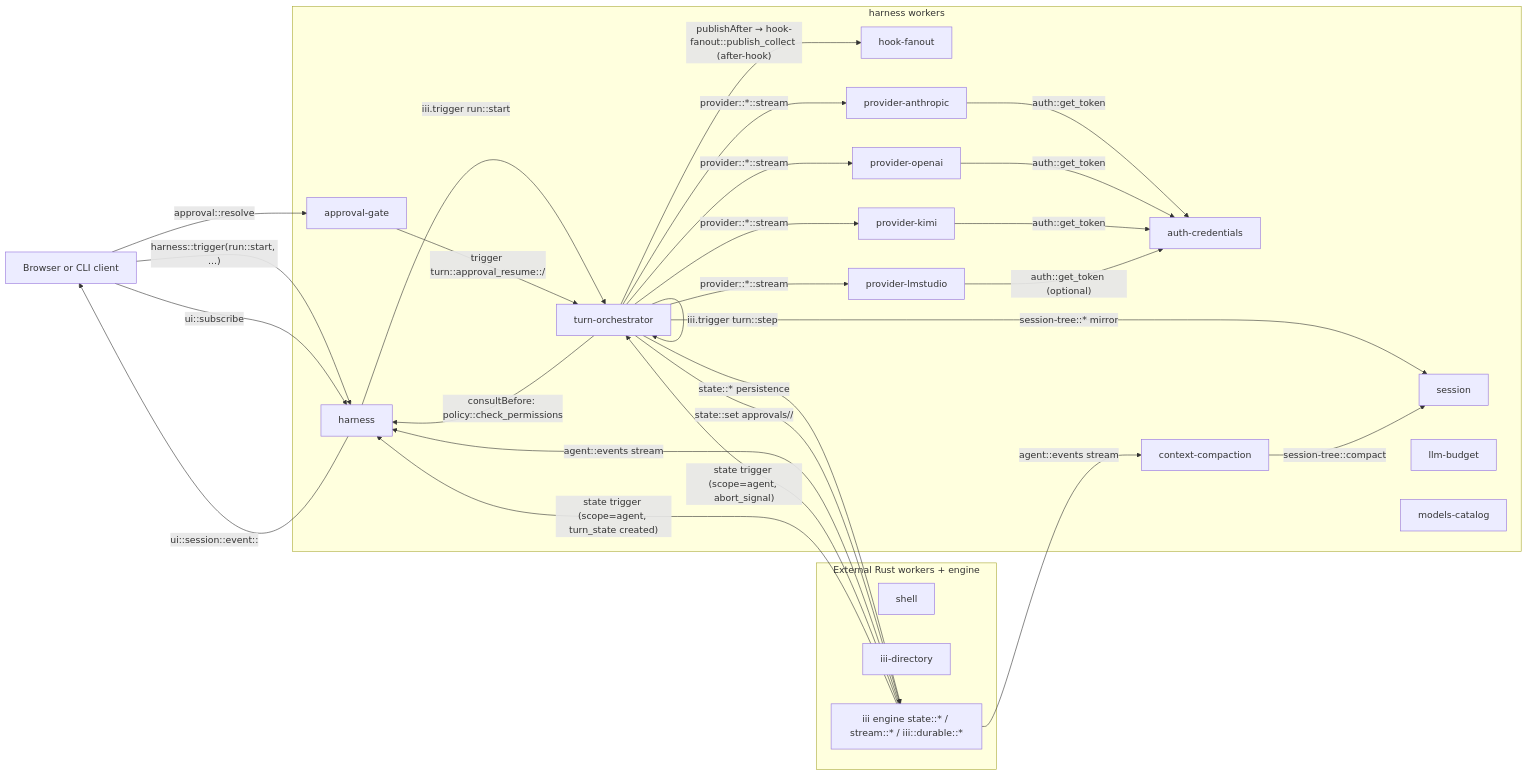
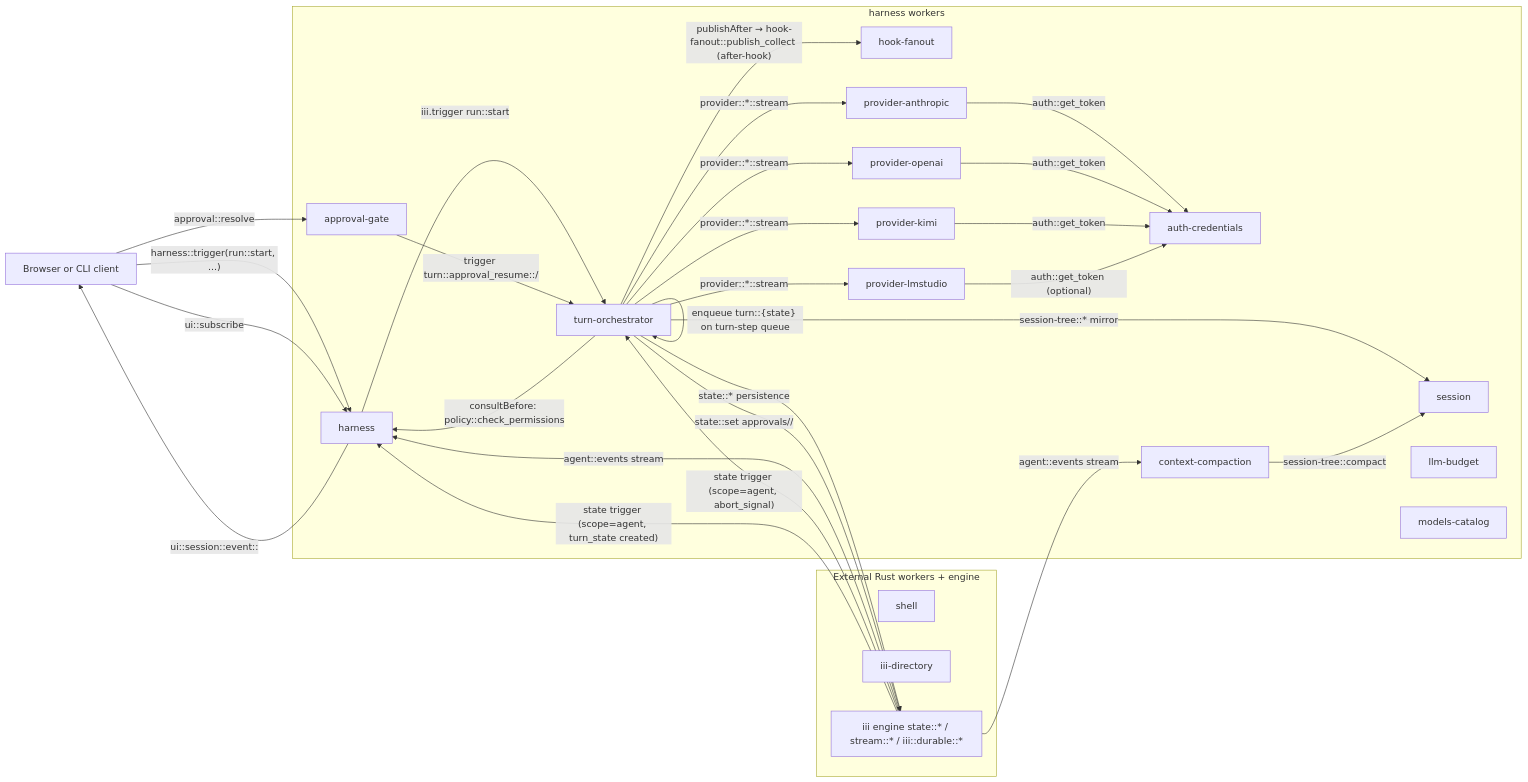
One commit to iii-hq/workers changed the first of 5 diagrams in harness/docs/architecture.md. Above: the diagram before and after it, drawn with Mermaid. The commit also changed other lines of this file and 30 other files, not shown here.

````diff
--- a/harness/docs/architecture.md
+++ b/harness/docs/architecture.md
@@ -37,56 +37,56 @@
 ```mermaid
 flowchart LR
   client[Browser or CLI client]
 
   subgraph harnessNode [harness workers]
     harness[harness]
     turnOrch[turn-orchestrator]
     approval[approval-gate]
     session[session]
     budget[llm-budget]
     hook[hook-fanout]
     auth[auth-credentials]
     models[models-catalog]
     provAnth[provider-anthropic]
     provOAI[provider-openai]
     provKimi[provider-kimi]
     provLms[provider-lmstudio]
     compact[context-compaction]
   end
 
   subgraph external [External Rust workers + engine]
     shell[shell]
     directory[iii-directory]
     state["iii engine state::* / stream::* / iii::durable::*"]
   end
 
   client -- "harness::trigger(run::start, ...)" --> harness
   harness -- "iii.trigger run::start" --> turnOrch
   client -- "ui::subscribe" --> harness
 
   turnOrch -- "provider::*::stream" --> provAnth
   turnOrch -- "provider::*::stream" --> provOAI
   turnOrch -- "provider::*::stream" --> provKimi
   turnOrch -- "provider::*::stream" --> provLms
   turnOrch -- "consultBefore: policy::check_permissions" --> harness
   turnOrch -- "publishAfter → hook-fanout::publish_collect (after-hook)" --> hook
   turnOrch -- "session-tree::* mirror" --> session
   turnOrch -- "state::* persistence" --> state
 
   client -- "approval::resolve" --> approval
   approval -- "trigger turn::approval_resume::<sid>/<cid>" --> turnOrch
   turnOrch -- "state::set approvals/<sid>/<cid>" --> state
-  turnOrch -- "iii.trigger turn::step" --> turnOrch
+  turnOrch -- "enqueue turn::{state} on turn-step queue" --> turnOrch
 
   provAnth -- "auth::get_token" --> auth
   provOAI -- "auth::get_token" --> auth
   provKimi -- "auth::get_token" --> auth
   provLms -- "auth::get_token (optional)" --> auth
 
   state -- "agent::events stream" --> harness
   state -- "agent::events stream" --> compact
   state -- "state trigger (scope=agent, abort_signal)" --> turnOrch
   state -- "state trigger (scope=agent, turn_state created)" --> harness
   harness -- "ui::session::event::<browser_id>" --> client
   compact -- "session-tree::compact" --> session
 ```
````
